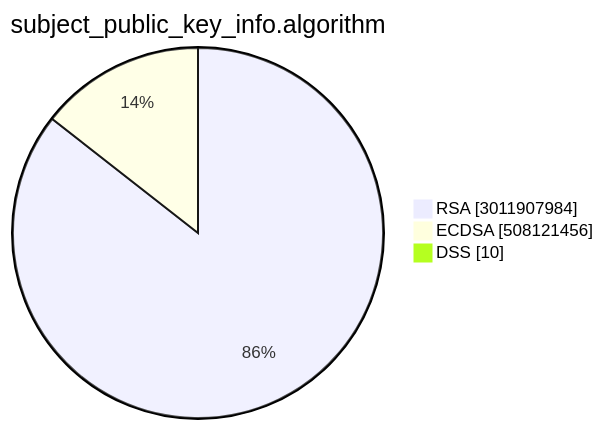
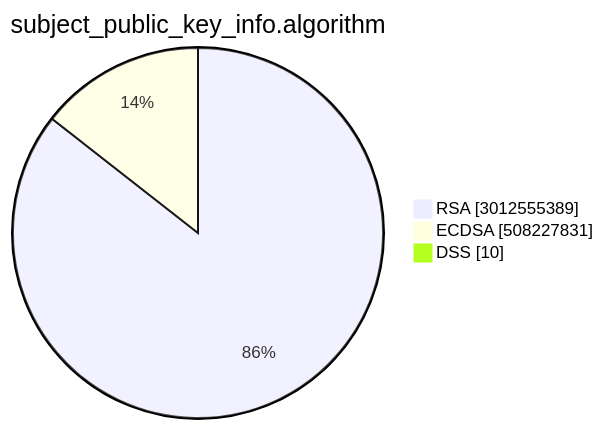
Before and after one commit to christiankrug/ctmonitor_visualization: the second of 15 diagrams in TOTAL/README.md, drawn with Mermaid. The commit also changed other lines of this file, not shown here.

````diff
--- a/TOTAL/README.md
+++ b/TOTAL/README.md
@@ -6,7 +6,7 @@
 ```mermaid
 pie showData
 title subject_public_key_info.algorithm
-"RSA" :3011907984
-"ECDSA" :508121456
+"RSA" :3012555389
+"ECDSA" :508227831
 "DSS" :10
 ```
````
